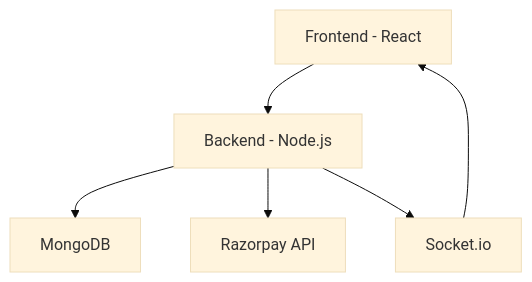
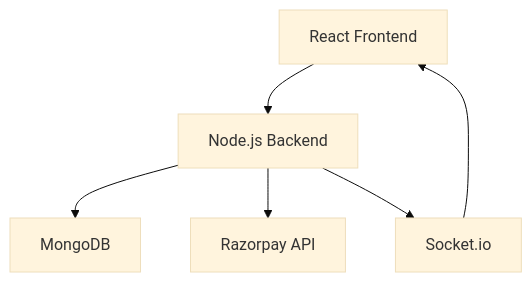
Before and after one commit to riyaa2210/ROSCA: the diagram in README.md, drawn with Mermaid (base theme). The commit also changed other lines of this file, not shown here.

````diff
--- a/README.md
+++ b/README.md
@@ -57,8 +68,8 @@
 ```mermaid
 graph TD
-A[Frontend - React] --> B[Backend - Node.js]
+A[React Frontend] --> B[Node.js Backend]
 B --> C[MongoDB]
 B --> D[Razorpay API]
 B --> E[Socket.io]
 E --> A
 ```
````
